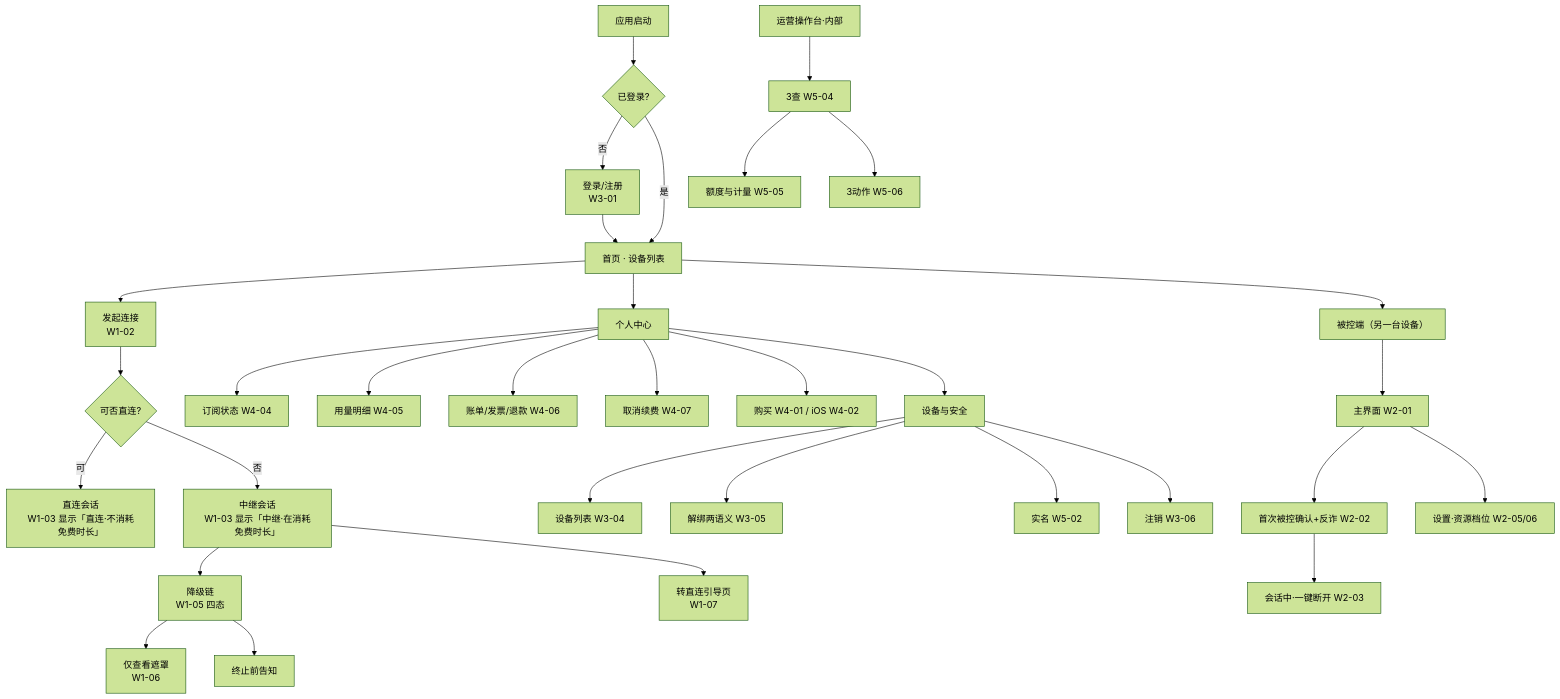
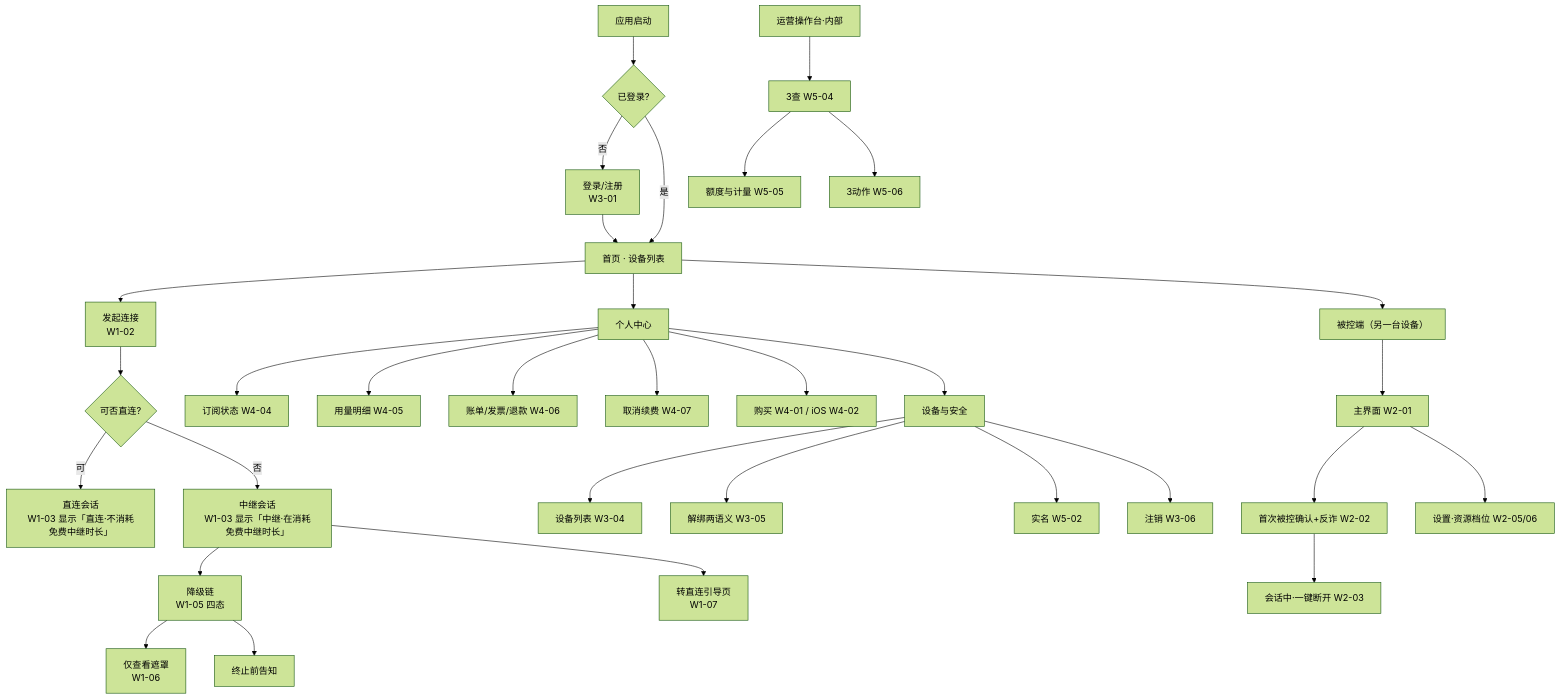
Before and after one commit to yuezu1026/desktop-sharing: the diagram in docs/design/wireframe/README.md, drawn with Mermaid (forest theme). The commit also changed other lines of this file and 8 other files, not shown here.

````diff
--- a/docs/design/wireframe/README.md
+++ b/docs/design/wireframe/README.md
@@ -132,34 +133,34 @@
 ```mermaid
 graph TD
   A[应用启动] --> B{已登录?}
   B -->|否| C[登录/注册<br/>W3-01]
   C --> D[首页 · 设备列表]
   B -->|是| D
   D --> E[发起连接<br/>W1-02]
   E --> F{可否直连?}
-  F -->|可| G[直连会话<br/>W1-03 显示「直连·不消耗免费时长」]
-  F -->|否| H[中继会话<br/>W1-03 显示「中继·在消耗免费时长」]
+  F -->|可| G[直连会话<br/>W1-03 显示「直连·不消耗免费中继时长」]
+  F -->|否| H[中继会话<br/>W1-03 显示「中继·在消耗免费中继时长」]
   H --> I[降级链<br/>W1-05 四态]
   H --> J[转直连引导页<br/>W1-07]
   I --> K[仅查看遮罩<br/>W1-06]
   I --> L[终止前告知]
   D --> M[个人中心]
   M --> M1[订阅状态 W4-04]
   M --> M2[用量明细 W4-05]
   M --> M3[账单/发票/退款 W4-06]
   M --> M4[取消续费 W4-07]
   M --> M5[购买 W4-01 / iOS W4-02]
   M --> M6[设备与安全]
   M6 --> M61[设备列表 W3-04]
   M6 --> M62[解绑两语义 W3-05]
   M6 --> M63[实名 W5-02]
   M6 --> M64[注销 W3-06]
   D --> N[被控端（另一台设备）]
   N --> N1[主界面 W2-01]
   N1 --> N2[首次被控确认+反诈 W2-02]
   N2 --> N3[会话中·一键断开 W2-03]
   N1 --> N4[设置·资源档位 W2-05/06]
   O[运营操作台·内部] --> O1[3查 W5-04]
   O1 --> O2[额度与计量 W5-05]
   O1 --> O3[3动作 W5-06]
 ```
````
